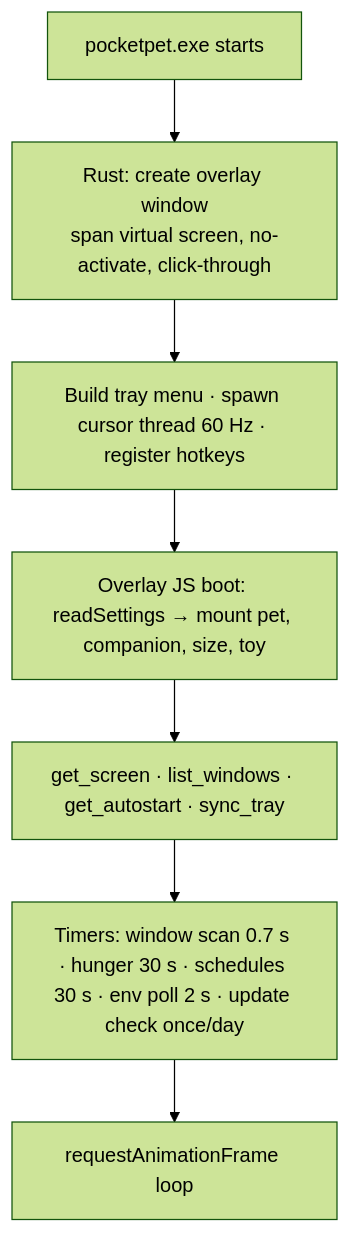
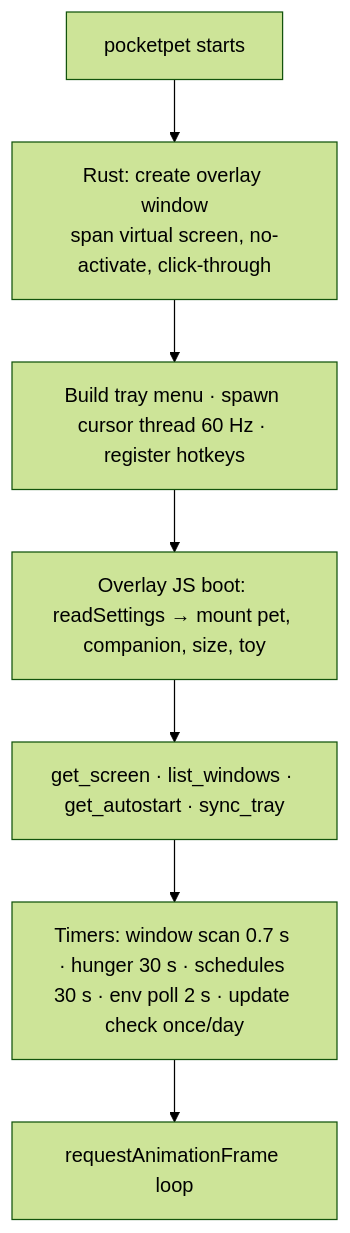
Before and after one commit to vigneshcj001/Pocketpet: the first of 5 diagrams in docs/04_Agents/Agent_Workflows.md, drawn with Mermaid (forest theme). The commit also changed other lines of this file and 28 other files, not shown here.

````diff
--- a/docs/04_Agents/Agent_Workflows.md
+++ b/docs/04_Agents/Agent_Workflows.md
@@ -7,9 +7,9 @@
 ```mermaid
 flowchart TD
-  A[pocketpet.exe starts] --> B[Rust: create overlay window<br/>span virtual screen, no-activate, click-through]
+  A[pocketpet starts] --> B[Rust: create overlay window<br/>span virtual screen, no-activate, click-through]
   B --> C[Build tray menu · spawn cursor thread 60 Hz · register hotkeys]
   C --> D[Overlay JS boot: readSettings → mount pet, companion, size, toy]
   D --> E[get_screen · list_windows · get_autostart · sync_tray]
   E --> F[Timers: window scan 0.7 s · hunger 30 s · schedules 30 s · env poll 2 s · update check once/day]
   F --> G[requestAnimationFrame loop]
 ```
````
